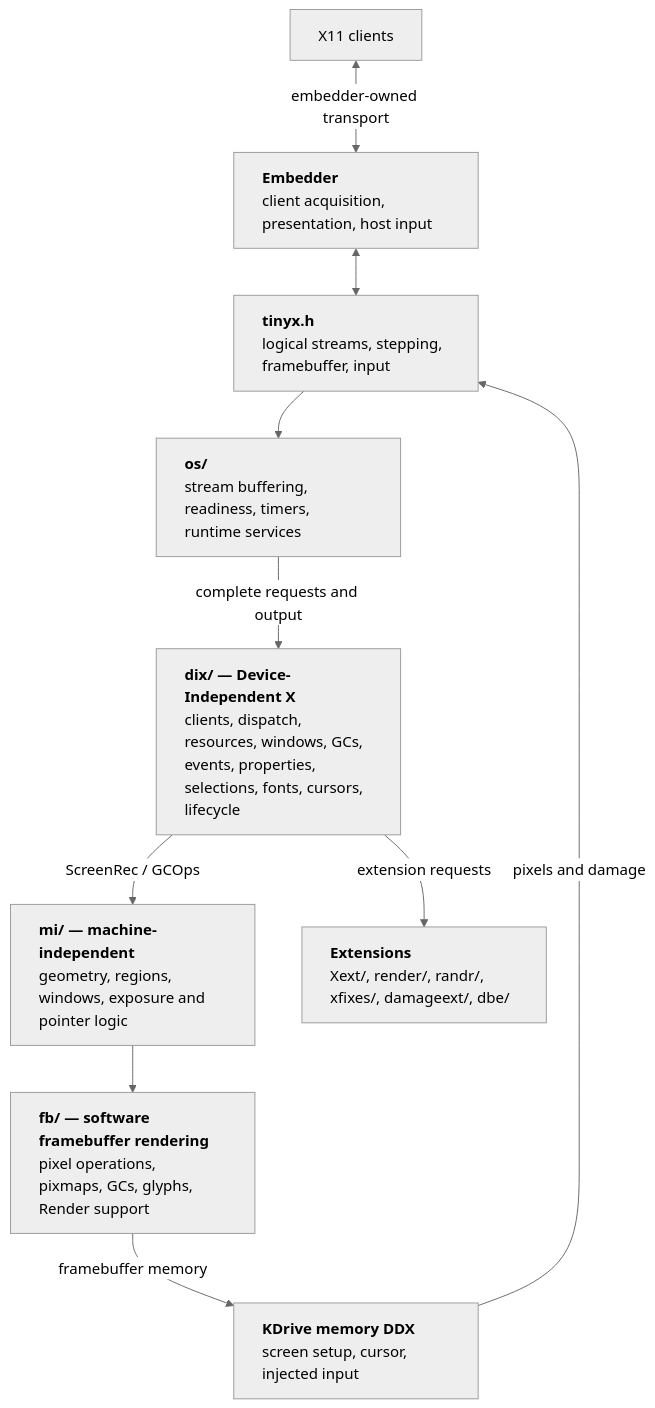
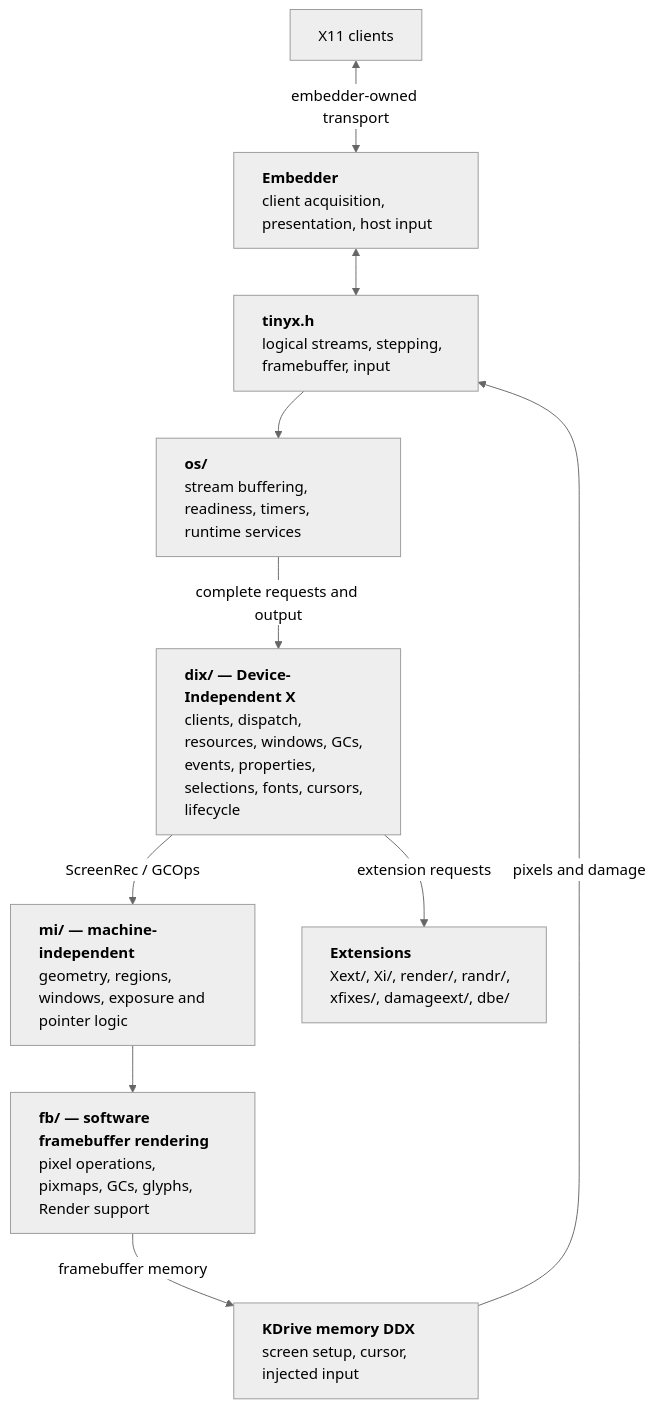
One commit to pgavlin/tinyx changed the first of 8 diagrams in docs/architecture.md. Above: the diagram before and after it, drawn with Mermaid (neutral theme). The commit also changed other lines of this file and 85 other files, not shown here.

````diff
--- a/docs/architecture.md
+++ b/docs/architecture.md
@@ -19,25 +19,25 @@
 ```mermaid
 flowchart TD
     clients["X11 clients"]
     embedder["`**Embedder**<br/>client acquisition, presentation, host input`"]
     api["`**tinyx.h**<br/>logical streams, stepping, framebuffer, input`"]
     os["`**os/**<br/>stream buffering, readiness, timers, runtime services`"]
     dix["`**dix/ — Device-Independent X**<br/>clients, dispatch, resources, windows, GCs, events, properties, selections, fonts, cursors, lifecycle`"]
     mi["`**mi/ — machine-independent**<br/>geometry, regions, windows, exposure and pointer logic`"]
-    extensions["`**Extensions**<br/>Xext/, render/, randr/, xfixes/, damageext/, dbe/`"]
+    extensions["`**Extensions**<br/>Xext/, Xi/, render/, randr/, xfixes/, damageext/, dbe/`"]
     fb["`**fb/ — software framebuffer rendering**<br/>pixel operations, pixmaps, GCs, glyphs, Render support`"]
     kdrive["`**KDrive memory DDX**<br/>screen setup, cursor, injected input`"]
 
     clients <-->|embedder-owned transport| embedder
     embedder <--> api
     api --> os
     os -->|complete requests and output| dix
     dix -->|ScreenRec / GCOps| mi
     dix -->|extension requests| extensions
     mi --> fb
     fb -->|framebuffer memory| kdrive
     kdrive -->|pixels and damage| api
 
     classDef prose text-align:left
     class clients,embedder,api,os,dix,mi,extensions,fb,kdrive prose
 ```
````
